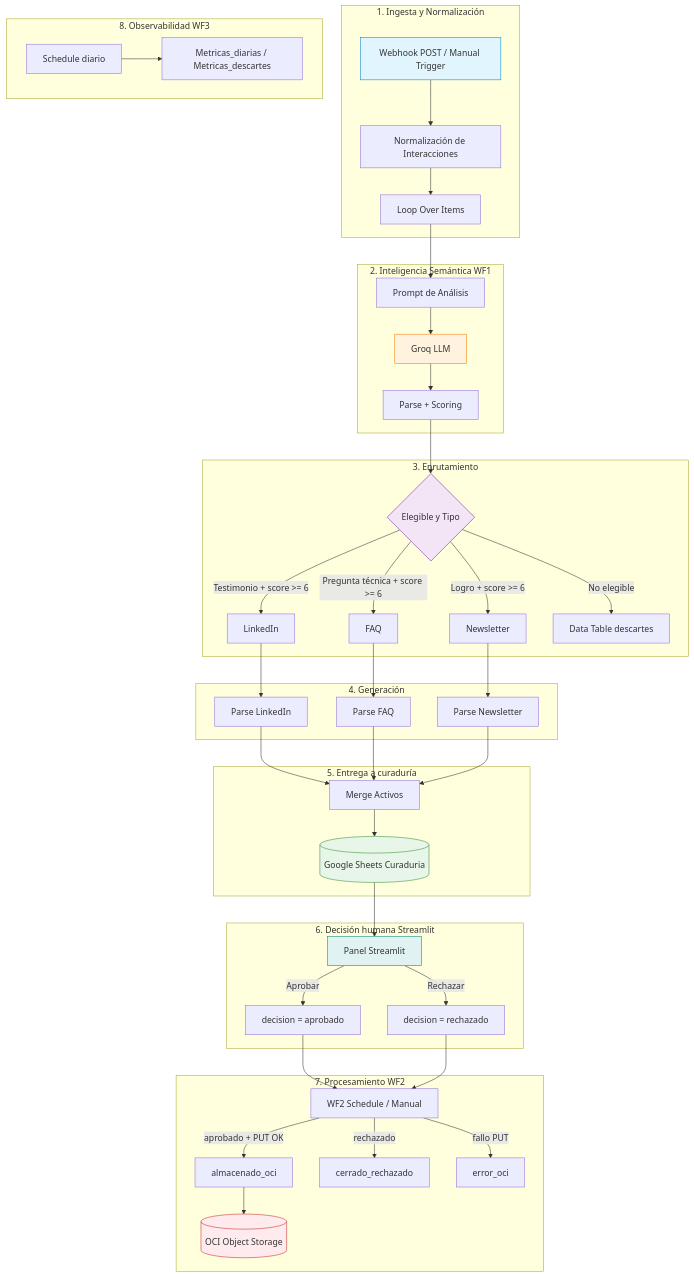
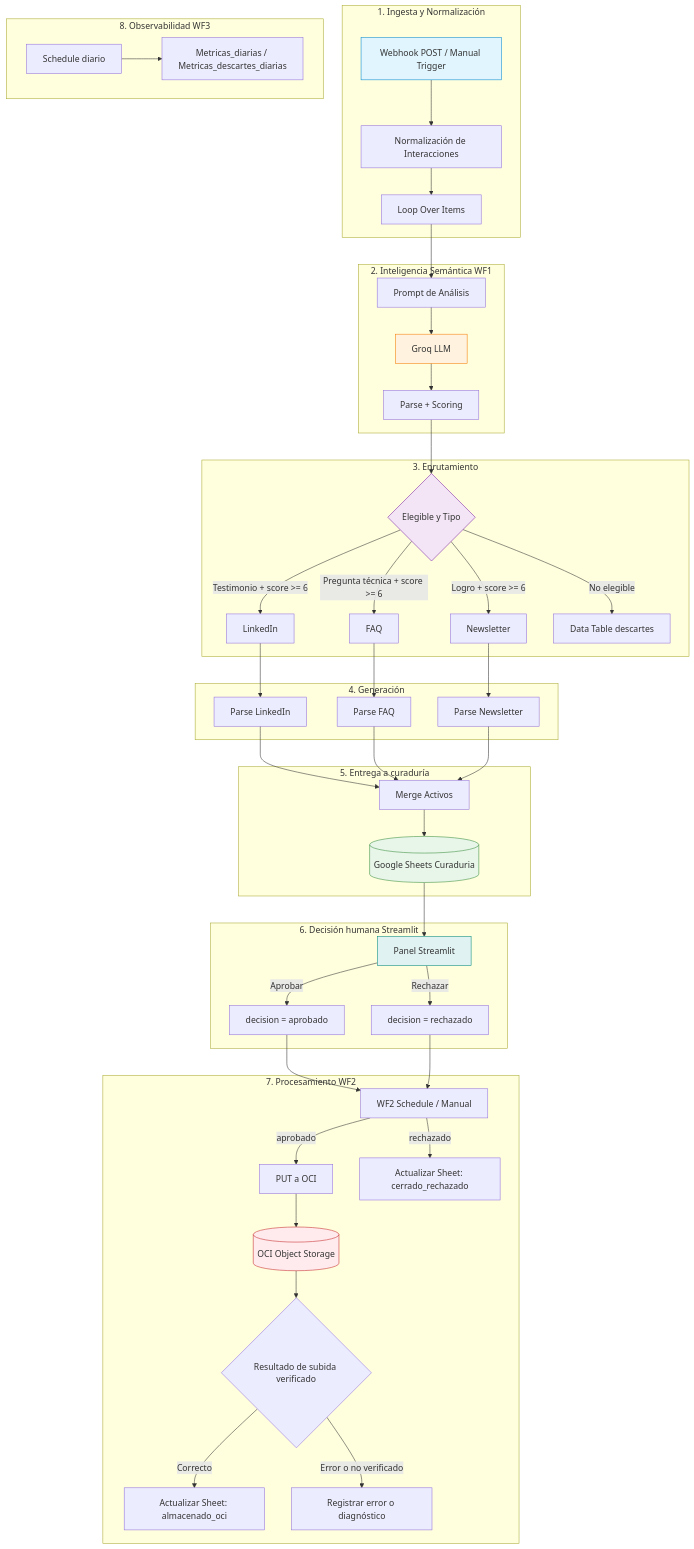
One commit to fsotoeu-cyber/umbral-informes changed the diagram in Comunitylab.md. Above: the diagram before and after it, drawn with Mermaid. The commit also changed other lines of this file, not shown here.

````diff
--- a/Comunitylab.md
+++ b/Comunitylab.md
@@ -55,60 +57,62 @@
 ```mermaid
 flowchart TD
 subgraph INGESTA["1. Ingesta y Normalización"]
 A[Webhook POST / Manual Trigger] --> B[Normalización de Interacciones]
 B --> C[Loop Over Items]
 end
 
 subgraph PROCESAMIENTO["2. Inteligencia Semántica WF1"]
 C --> D[Prompt de Análisis]
 D --> E[Groq LLM]
 E --> F[Parse + Scoring]
 end
 
 subgraph BIFURCACION["3. Enrutamiento"]
 F --> G{Elegible y Tipo}
 G -->|Testimonio + score >= 6| H[LinkedIn]
 G -->|Pregunta técnica + score >= 6| I[FAQ]
 G -->|Logro + score >= 6| J[Newsletter]
 G -->|No elegible| K[Data Table descartes]
 end
 
 subgraph GENERACION["4. Generación"]
 H --> L[Parse LinkedIn]
 I --> M[Parse FAQ]
 J --> N[Parse Newsletter]
 end
 
 subgraph COLA["5. Entrega a curaduría"]
 L --> O[Merge Activos]
 M --> O
 N --> O
 O --> P[(Google Sheets Curaduria)]
 end
 
 subgraph HITL["6. Decisión humana Streamlit"]
 P --> Q[Panel Streamlit]
 Q -->|Aprobar| R[decision = aprobado]
 Q -->|Rechazar| S[decision = rechazado]
 end
 
 subgraph WF2["7. Procesamiento WF2"]
 R --> T[WF2 Schedule / Manual]
 S --> T
-T -->|aprobado + PUT OK| U[almacenado_oci]
-T -->|rechazado| V[cerrado_rechazado]
-T -->|fallo PUT| W[error_oci]
-U --> X[(OCI Object Storage)]
+T -->|aprobado| PUT[PUT a OCI]
+PUT --> X[(OCI Object Storage)]
+X --> CHECK{Resultado de subida verificado}
+CHECK -->|Correcto| U[Actualizar Sheet: almacenado_oci]
+CHECK -->|Error o no verificado| W[Registrar error o diagnóstico]
+T -->|rechazado| V[Actualizar Sheet: cerrado_rechazado]
 end
 
 subgraph METRICAS["8. Observabilidad WF3"]
-Y[Schedule diario] --> Z[Metricas_diarias / Metricas_descartes]
+Y[Schedule diario] --> Z[Metricas_diarias / Metricas_descartes_diarias]
 end
 
 style A fill:#e1f5fe,stroke:#0288d1
 style E fill:#fff3e0,stroke:#f57c00
 style G fill:#f3e5f5,stroke:#7b1fa2
 style P fill:#e8f5e9,stroke:#388e3c
 style Q fill:#e0f2f1,stroke:#00897b
 style X fill:#ffebee,stroke:#c62828
 ```
````
